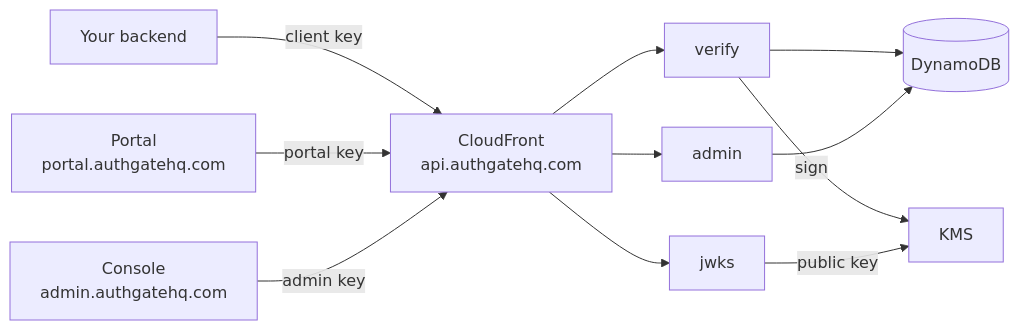
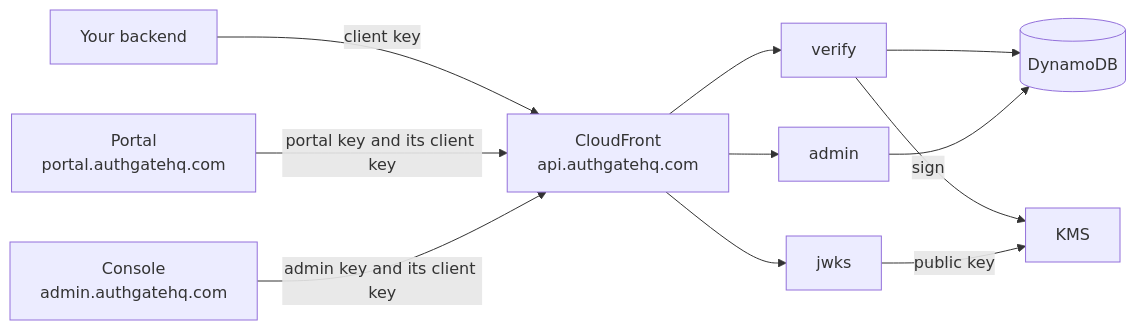
Before and after one commit to huy090202/auth-gate: the second of 2 diagrams in README.md, drawn with Mermaid. The commit also changed other lines of this file and 1 other file, not shown here.

First line of the commit message:
docs: README review fixes: a diagram that renders, claims the code backs

````diff
--- a/README.md
+++ b/README.md
@@ -45,13 +47,13 @@
 ```mermaid
 flowchart LR
     T["Your backend"] -- client key --> D
-    P["Portal<br/>portal.authgatehq.com"] -- portal key --> D
-    O["Console<br/>admin.authgatehq.com"] -- admin key --> D
+    P["Portal<br/>portal.authgatehq.com"] -- portal key and its client key --> D
+    O["Console<br/>admin.authgatehq.com"] -- admin key and its client key --> D
     D["CloudFront<br/>api.authgatehq.com"] --> V["verify"]
     D --> A["admin"]
     D --> J["jwks"]
     V --> DB[("DynamoDB")]
     A --> DB
     V -- sign --> K["KMS"]
     J -- public key --> K
 ```
````
